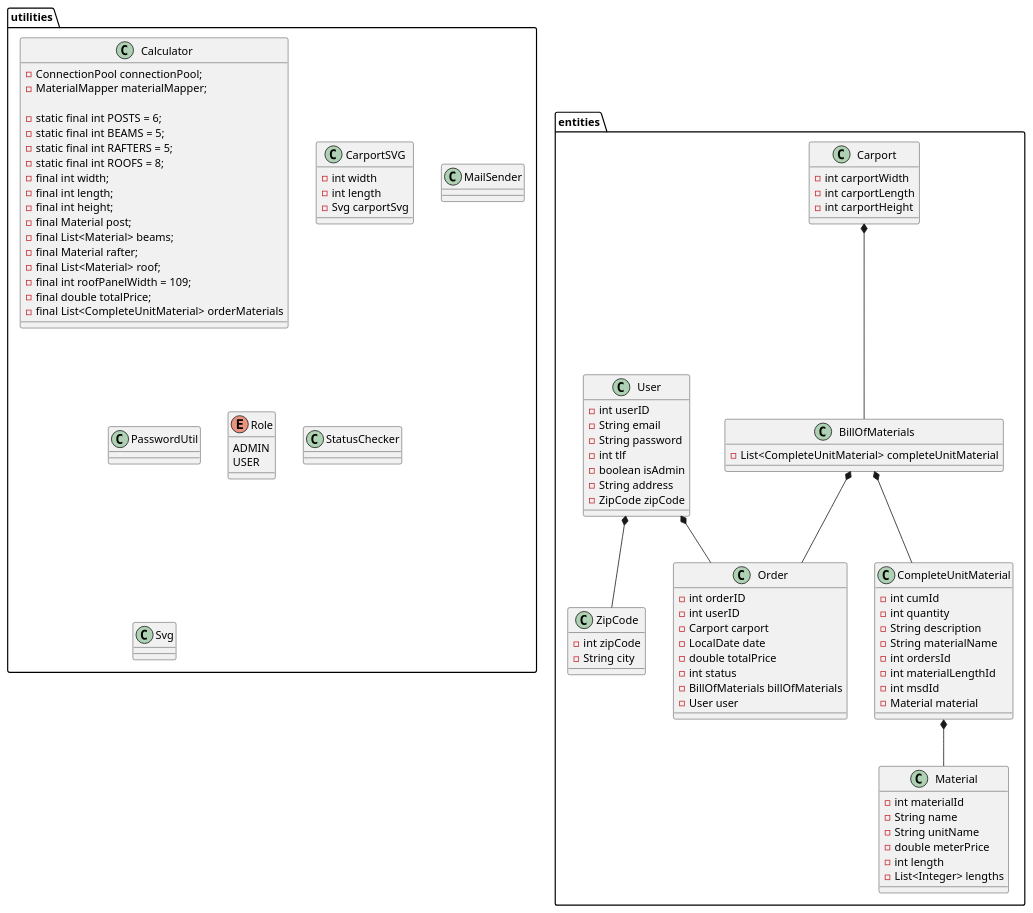
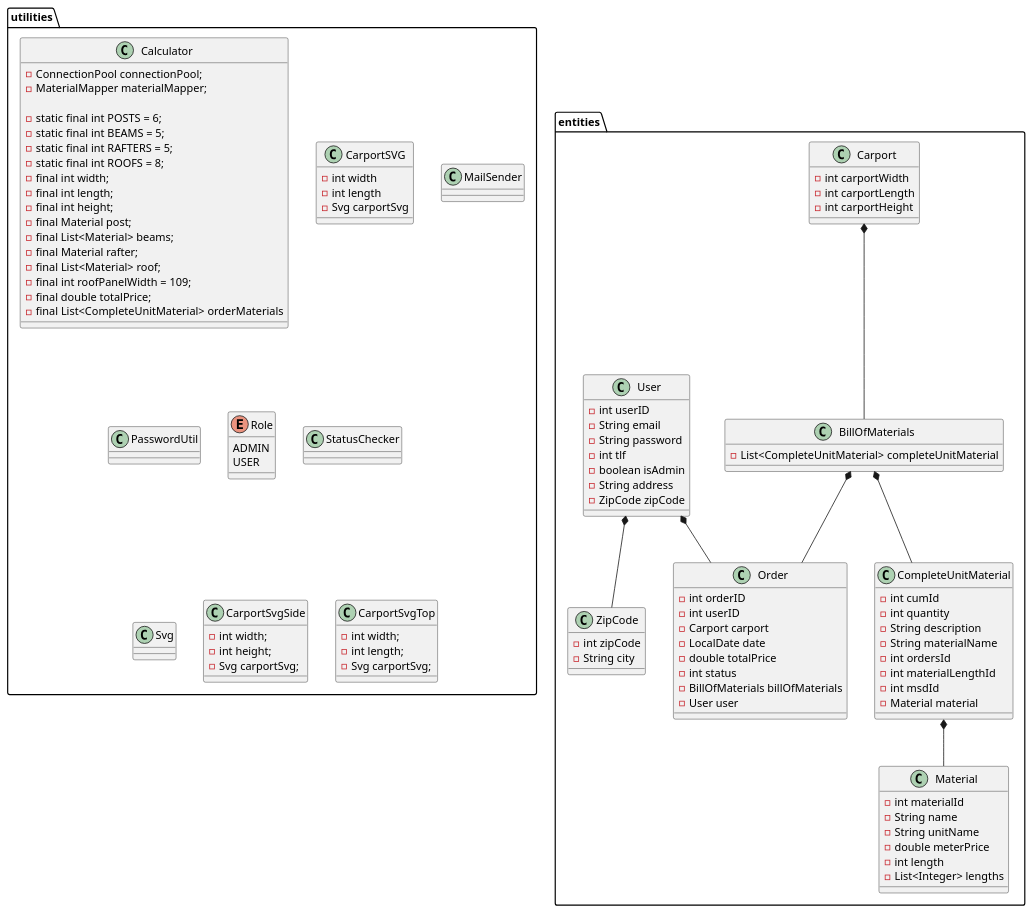
One commit to JosefBenjamin/CarportProject changed the diagram in doc/classDiagram_v2.0.puml. Above: the diagram before and after it, drawn with PlantUML.

Commit message:
added class to classDiagram

```diff
--- a/doc/classDiagram_v2.0.puml
+++ b/doc/classDiagram_v2.0.puml
@@ -1,117 +1,128 @@
 @startuml
 package "entities" {
 
 class BillOfMaterials {
 - List<CompleteUnitMaterial> completeUnitMaterial
 }
 
 class Carport {
 - int carportWidth
 - int carportLength
 - int carportHeight
 }
 
 class CompleteUnitMaterial {
 - int cumId
 - int quantity
 - String description
 - String materialName
 - int ordersId
 - int materialLengthId
 - int msdId
 - Material material
 }
 
 class Material {
 - int materialId
 - String name
 - String unitName
 - double meterPrice
 - int length
 - List<Integer> lengths
 }
 
 class Order {
 - int orderID
 - int userID
 - Carport carport
 - LocalDate date
 - double totalPrice
 - int status
 - BillOfMaterials billOfMaterials
 - User user
 }
 
 class User {
 - int userID
 - String email
 - String password
 - int tlf
 - boolean isAdmin
 - String address
 - ZipCode zipCode
 }
 
 class ZipCode {
 - int zipCode
 - String city
 }
 }
 
 package "utilities" {
 
 class Calculator {
 - ConnectionPool connectionPool;
 - MaterialMapper materialMapper;
 
 - static final int POSTS = 6;
 - static final int BEAMS = 5;
 - static final int RAFTERS = 5;
 - static final int ROOFS = 8;
 - final int width;
 - final int length;
 - final int height;
 - final Material post;
 - final List<Material> beams;
 - final Material rafter;
 - final List<Material> roof;
 - final int roofPanelWidth = 109;
 - final double totalPrice;
 - final List<CompleteUnitMaterial> orderMaterials
 }
 
 class CarportSVG {
 - int width
 - int length
 - Svg carportSvg
 }
 
 class MailSender {
 }
 
 class PasswordUtil {
 }
 
 enum Role {
 ADMIN
 USER
 }
 
 class StatusChecker {
 }
 
 class Svg {
+}
 
+class CarportSvgSide {
+- int width;
+- int height;
+- Svg carportSvg;
+}
+
+class CarportSvgTop {
+- int width;
+- int length;
+- Svg carportSvg;
 }
 
 }
 
 User *-- Order
 BillOfMaterials *-- Order
 BillOfMaterials *-- CompleteUnitMaterial
 CompleteUnitMaterial *-- Material
 Carport *-- BillOfMaterials
 User *-- ZipCode
 
 
 @enduml
```
